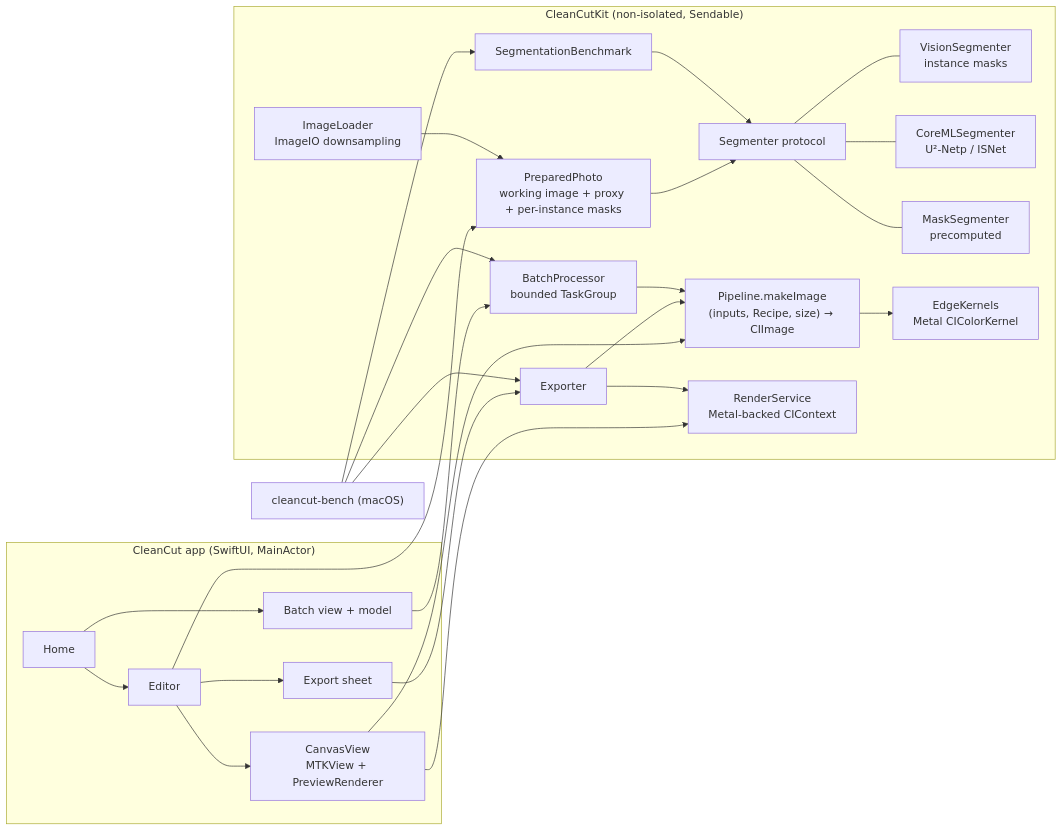
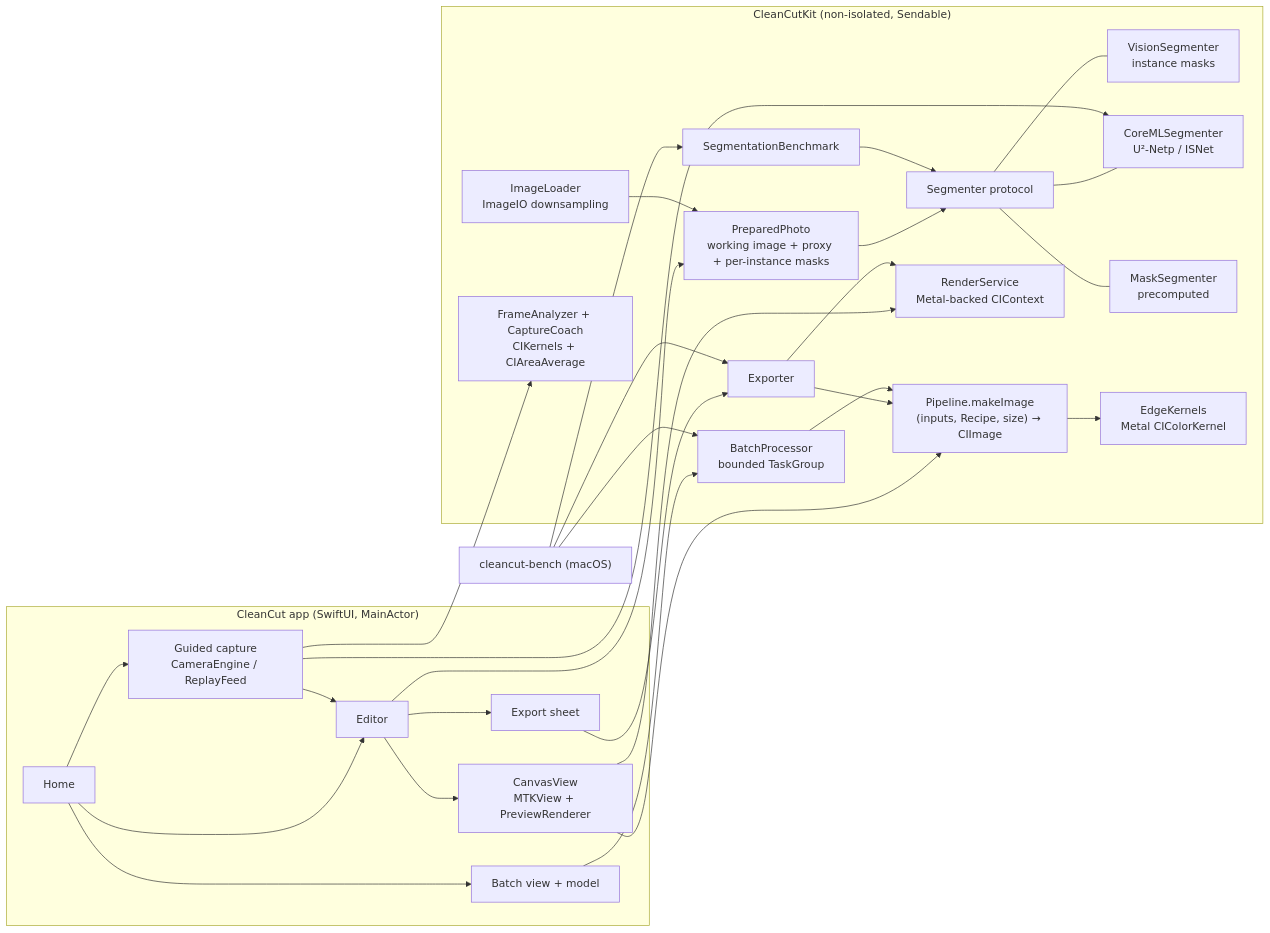
The first of 2 diagrams in docs/ARCHITECTURE.md (sohrabgit/CleanCut), drawn with Mermaid before and after one commit. The commit also changed other lines of this file and 5 other files, not shown here.

First line of the commit message:
Document guided capture

````diff
--- a/docs/ARCHITECTURE.md
+++ b/docs/ARCHITECTURE.md
@@ -8,38 +8,43 @@
 ```mermaid
 flowchart LR
     subgraph App["CleanCut app (SwiftUI, MainActor)"]
         Home --> Editor
         Home --> Batch
+        Home --> Capture["Guided capture<br/>CameraEngine / ReplayFeed"]
+        Capture --> Editor
         Editor --> Canvas["CanvasView<br/>MTKView + PreviewRenderer"]
         Editor --> Export["Export sheet"]
         Batch["Batch view + model"]
     end
 
     subgraph Kit["CleanCutKit (non-isolated, Sendable)"]
         Loader["ImageLoader<br/>ImageIO downsampling"]
         Seg["Segmenter protocol"]
         Vision["VisionSegmenter<br/>instance masks"]
         CoreML["CoreMLSegmenter<br/>U²-Netp / ISNet"]
         Masks["MaskSegmenter<br/>precomputed"]
         Prepared["PreparedPhoto<br/>working image + proxy + per-instance masks"]
         Pipe["Pipeline.makeImage<br/>(inputs, Recipe, size) → CIImage"]
         Kernel["EdgeKernels<br/>Metal CIColorKernel"]
         Render["RenderService<br/>Metal-backed CIContext"]
         Exporter
         BatchP["BatchProcessor<br/>bounded TaskGroup"]
         Bench["SegmentationBenchmark"]
+        Analyzer["FrameAnalyzer + CaptureCoach<br/>CIKernels + CIAreaAverage"]
     end
 
     Seg --- Vision & CoreML & Masks
     Editor --> Prepared
     Prepared --> Seg
     Canvas --> Pipe
     Export --> Exporter --> Pipe
     Batch --> BatchP --> Pipe
     Pipe --> Kernel
     Canvas --> Render
     Exporter --> Render
     Loader --> Prepared
     Bench --> Seg
+    Capture --> Analyzer
+    Capture --> CoreML
     CLI["cleancut-bench (macOS)"] --> Bench & BatchP & Exporter
 ```
````
